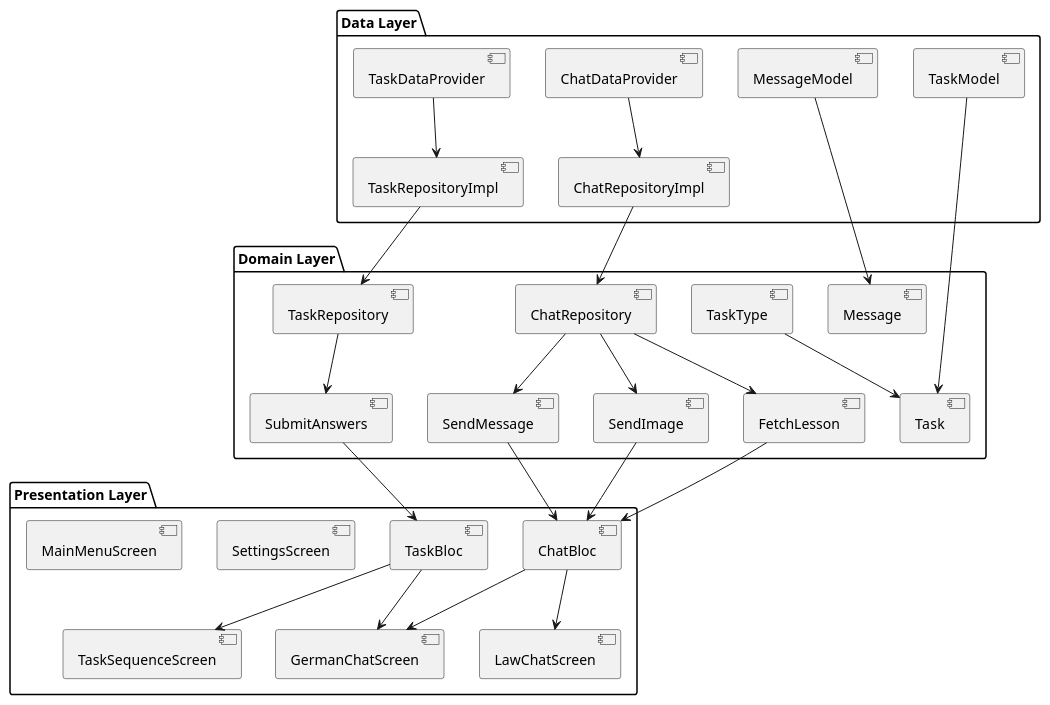
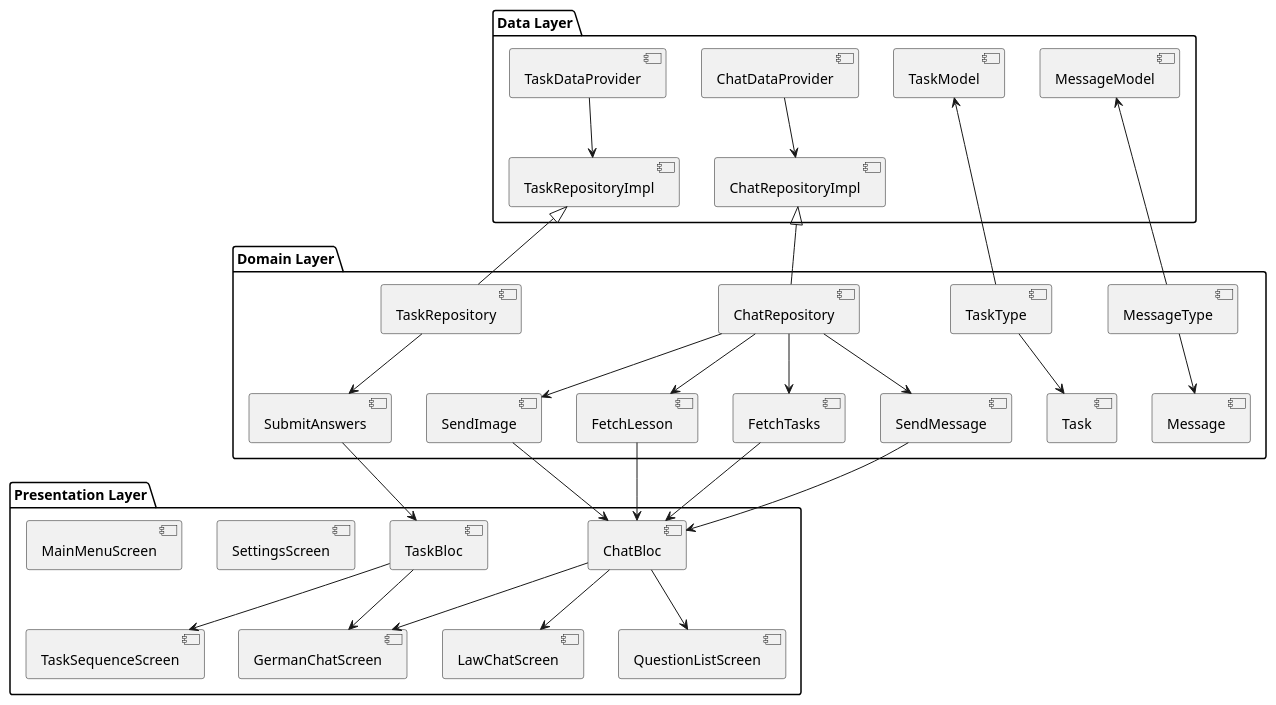
One commit to al-holm/aika changed the diagram in docs/diagrams/res/componend_client.puml. Above: the diagram before and after it, drawn with PlantUML. The commit also changed 7 other files, not shown here.

Commit message:
docs frontend diagrams

```diff
--- a/docs/diagrams/res/componend_client.puml
+++ b/docs/diagrams/res/componend_client.puml
@@ -1,59 +1,66 @@
 @startuml
 
 package "Data Layer" {
     [MessageModel]
     [TaskModel]
     [ChatDataProvider]
     [TaskDataProvider]
     [ChatRepositoryImpl]
     [TaskRepositoryImpl]
 }
 
 package "Domain Layer" {
     [ChatRepository]
     [TaskRepository]
     [SendMessage]
     [SendImage]
     [FetchLesson]
+    [FetchTasks]
     [SubmitAnswers]
     [Message]
     [Task]
     [TaskType]
+    [MessageType]
 }
 
 package "Presentation Layer" {
     [ChatBloc]
     [TaskBloc]
     [LawChatScreen]
     [GermanChatScreen]
     [SettingsScreen]
     [TaskSequenceScreen]
     [MainMenuScreen]
+    [QuestionListScreen]
 }
 
-[ChatRepositoryImpl] --> [ChatRepository]
-[TaskRepositoryImpl] --> [TaskRepository]
+[ChatRepositoryImpl] <|-- [ChatRepository]
+[TaskRepositoryImpl] <|-- [TaskRepository]
 
 [ChatRepository] --> [SendMessage]
 [ChatRepository] --> [SendImage]
 [ChatRepository] --> [FetchLesson]
+[ChatRepository] --> [FetchTasks]
 [TaskRepository] --> [SubmitAnswers]
 
 [SendMessage] --> [ChatBloc]
 [SendImage] --> [ChatBloc]
 [FetchLesson] --> [ChatBloc]
+[FetchTasks] --> [ChatBloc]
 [SubmitAnswers] --> [TaskBloc]
 
 [ChatDataProvider] --> [ChatRepositoryImpl]
 [TaskDataProvider] --> [TaskRepositoryImpl]
 
-[MessageModel] --> [Message]
-[TaskModel] --> [Task]
+[MessageType] --> [MessageModel]
+[MessageType] --> [Message]
+[TaskType] --> [TaskModel]
 [TaskType] --> [Task]
 
 [ChatBloc] --> [LawChatScreen]
 [ChatBloc] --> [GermanChatScreen]
+[ChatBloc] --> [QuestionListScreen]
 [TaskBloc] --> [GermanChatScreen]
 [TaskBloc] --> [TaskSequenceScreen]
 
 @enduml
```
